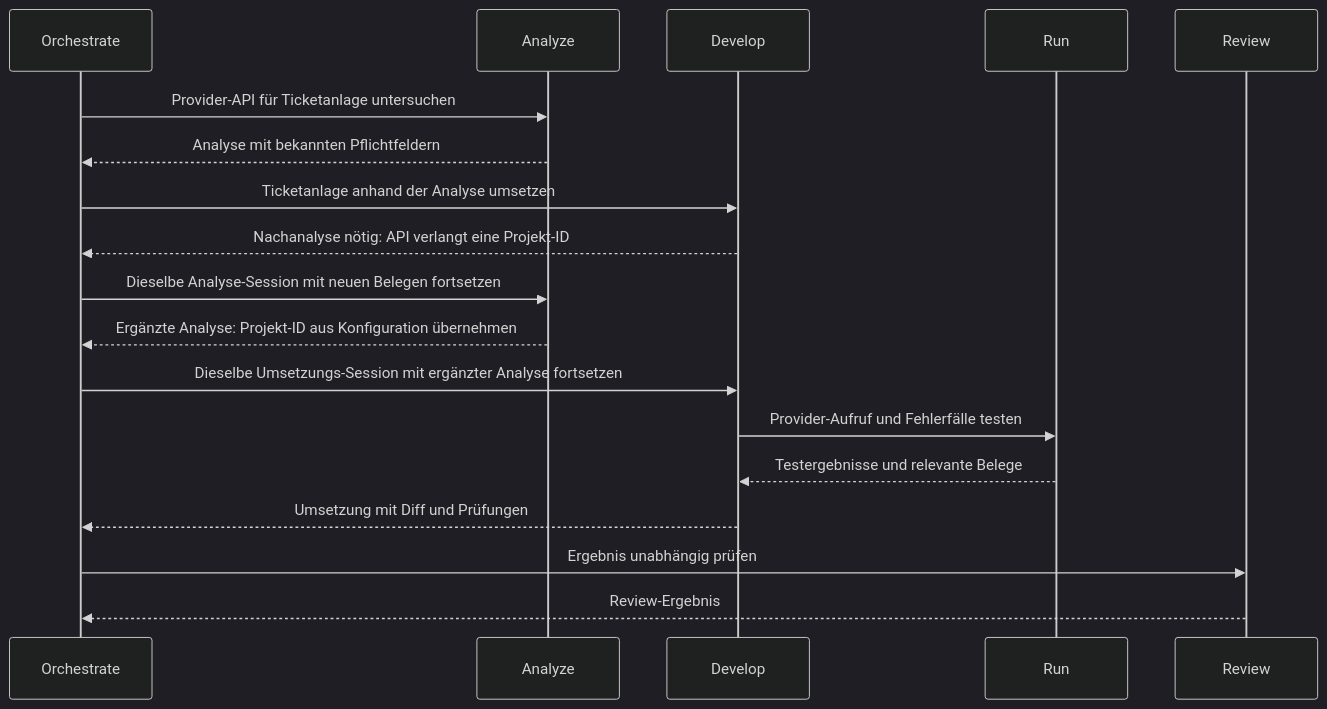
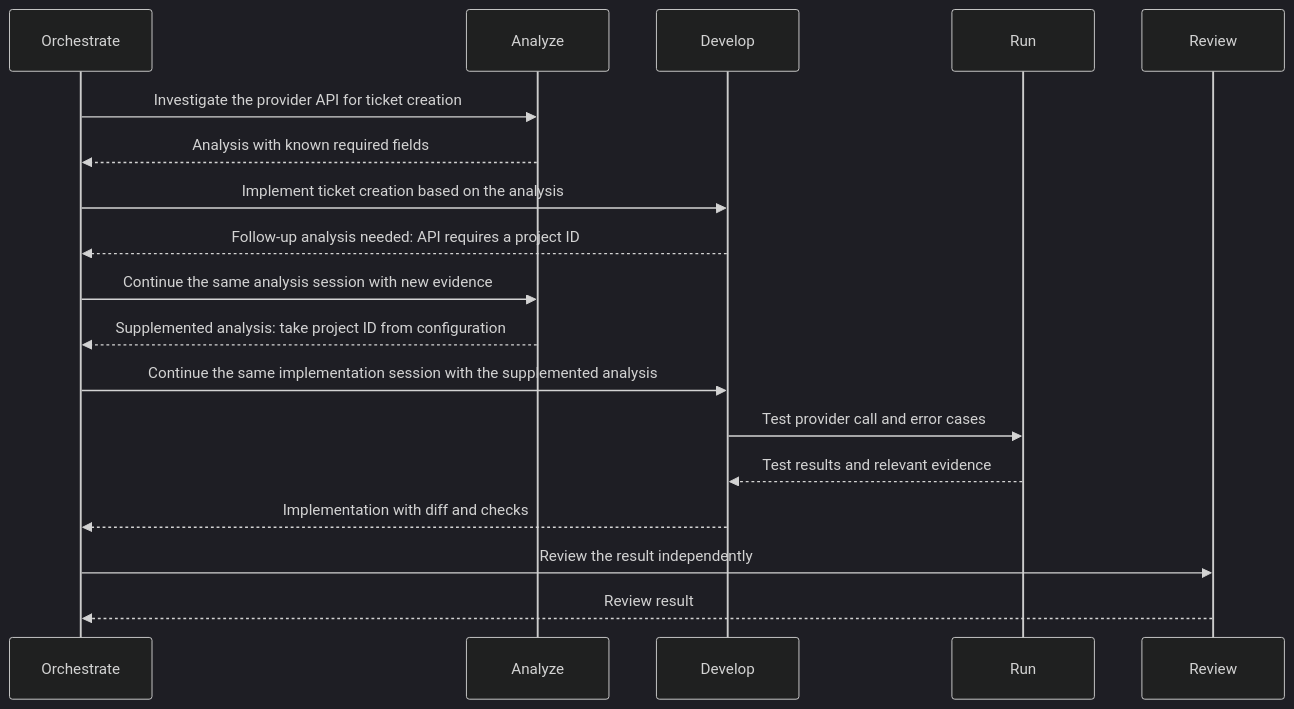
One commit to DevelopingMedo/atlas changed the diagram in README.md. Above: the diagram before and after it, drawn with Mermaid (dark theme). The commit also changed other lines of this file, not shown here.

````diff
--- a/README.md
+++ b/README.md
@@ -85,21 +85,21 @@
 ```mermaid
 sequenceDiagram
     participant O as Orchestrate
     participant A as Analyze
     participant D as Develop
     participant R as Run
     participant V as Review
 
-    O->>A: Provider-API für Ticketanlage untersuchen
-    A-->>O: Analyse mit bekannten Pflichtfeldern
-    O->>D: Ticketanlage anhand der Analyse umsetzen
-    D-->>O: Nachanalyse nötig: API verlangt eine Projekt-ID
-    O->>A: Dieselbe Analyse-Session mit neuen Belegen fortsetzen
-    A-->>O: Ergänzte Analyse: Projekt-ID aus Konfiguration übernehmen
-    O->>D: Dieselbe Umsetzungs-Session mit ergänzter Analyse fortsetzen
-    D->>R: Provider-Aufruf und Fehlerfälle testen
-    R-->>D: Testergebnisse und relevante Belege
-    D-->>O: Umsetzung mit Diff und Prüfungen
-    O->>V: Ergebnis unabhängig prüfen
-    V-->>O: Review-Ergebnis
+    O->>A: Investigate the provider API for ticket creation
+    A-->>O: Analysis with known required fields
+    O->>D: Implement ticket creation based on the analysis
+    D-->>O: Follow-up analysis needed: API requires a project ID
+    O->>A: Continue the same analysis session with new evidence
+    A-->>O: Supplemented analysis: take project ID from configuration
+    O->>D: Continue the same implementation session with the supplemented analysis
+    D->>R: Test provider call and error cases
+    R-->>D: Test results and relevant evidence
+    D-->>O: Implementation with diff and checks
+    O->>V: Review the result independently
+    V-->>O: Review result
 ```
````
